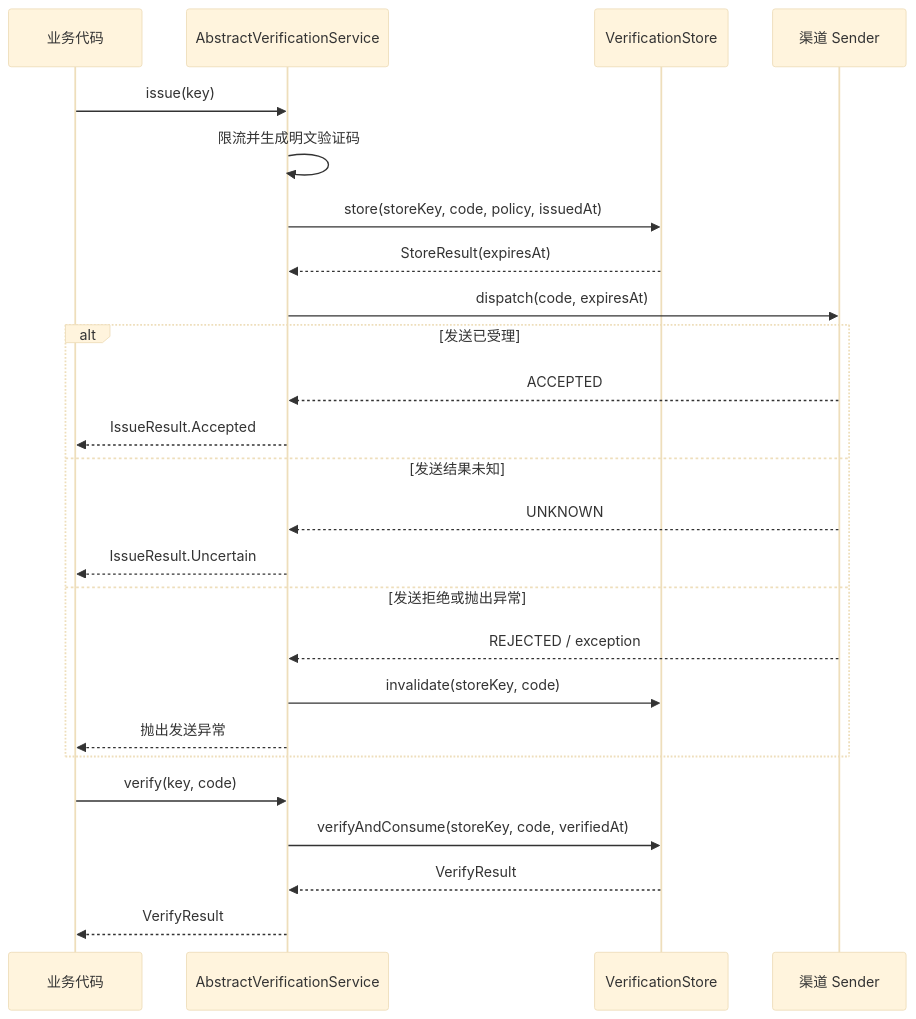
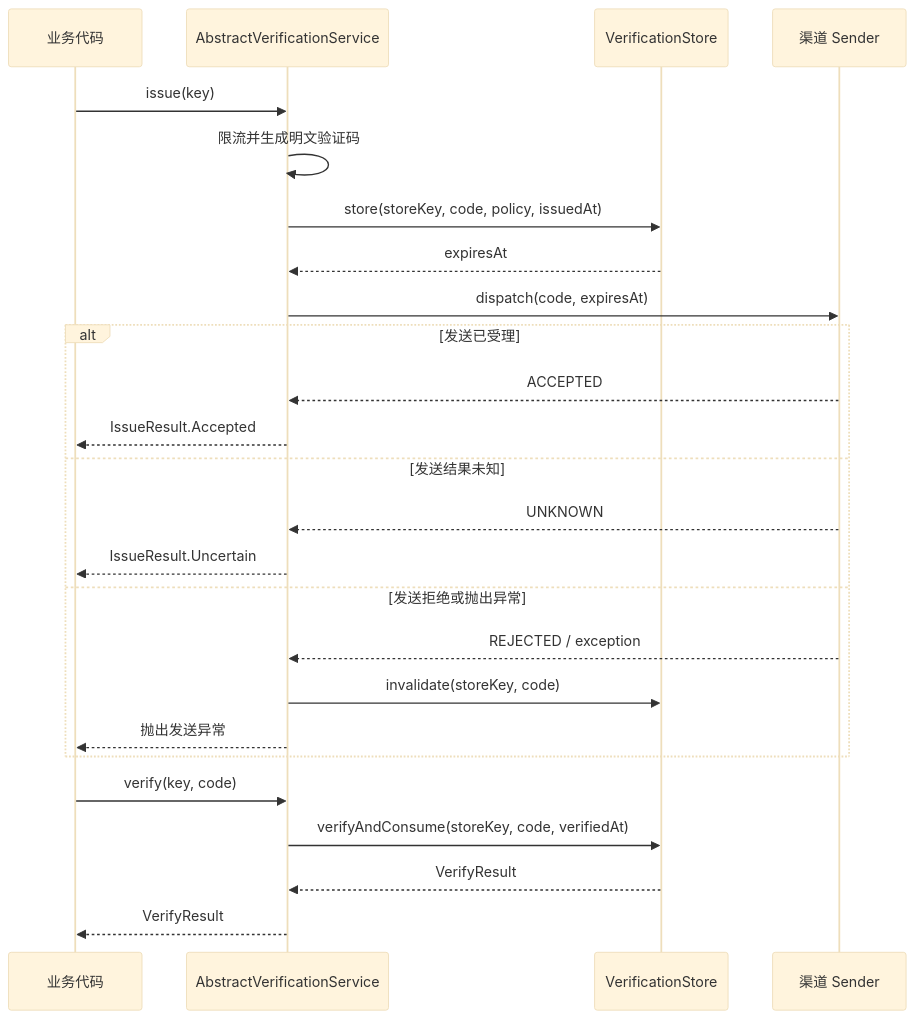
The second of 3 diagrams in ringo-boot-verification/src/main/java/io/github/ringotangs/ringoboot/verification/store/README.md (RingoTangs/ringo-boot), drawn with Mermaid (base theme) before and after one commit. The commit also changed other lines of this file and 32 other files, not shown here.

````diff
--- a/ringo-boot-verification/src/main/java/io/github/ringotangs/ringoboot/verification/store/README.md
+++ b/ringo-boot-verification/src/main/java/io/github/ringotangs/ringoboot/verification/store/README.md
@@ -127,29 +126,29 @@
 ```mermaid
 sequenceDiagram
     participant App as 业务代码
     participant Service as AbstractVerificationService
     participant Store as VerificationStore
     participant Sender as 渠道 Sender
 
     App->>Service: issue(key)
     Service->>Service: 限流并生成明文验证码
     Service->>Store: store(storeKey, code, policy, issuedAt)
-    Store-->>Service: StoreResult(expiresAt)
+    Store-->>Service: expiresAt
     Service->>Sender: dispatch(code, expiresAt)
     alt 发送已受理
         Sender-->>Service: ACCEPTED
         Service-->>App: IssueResult.Accepted
     else 发送结果未知
         Sender-->>Service: UNKNOWN
         Service-->>App: IssueResult.Uncertain
     else 发送拒绝或抛出异常
         Sender-->>Service: REJECTED / exception
         Service->>Store: invalidate(storeKey, code)
         Service-->>App: 抛出发送异常
     end
 
     App->>Service: verify(key, code)
     Service->>Store: verifyAndConsume(storeKey, code, verifiedAt)
     Store-->>Service: VerifyResult
     Service-->>App: VerifyResult
 ```
````
